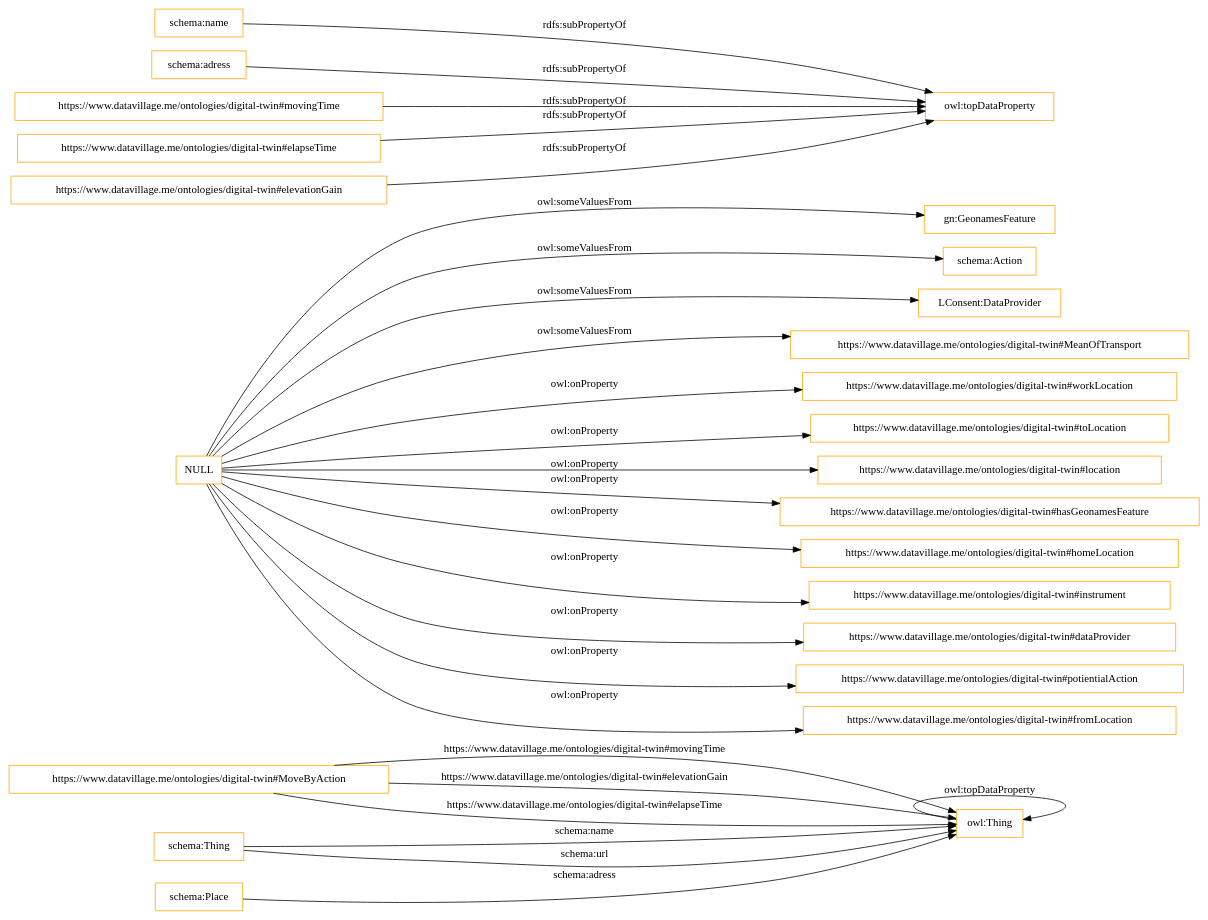
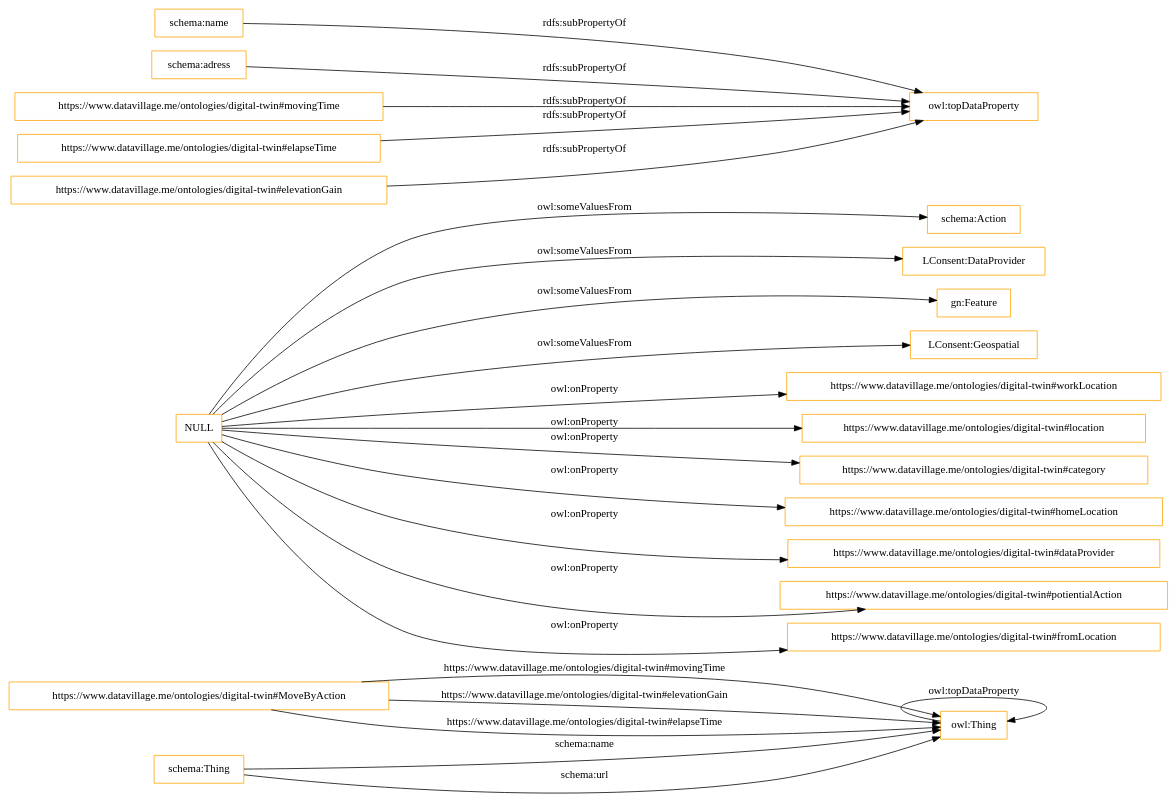
One commit to datavillage-me/ontologies changed the diagram in OnToology/digital-twin/ontology.owl/diagrams/ar2dtool-class/ontology.owl.png.dot. Above: the diagram before and after it, drawn with Graphviz. The commit also changed 27 other files, not shown here.

```diff
--- a/OnToology/digital-twin/ontology.owl/diagrams/ar2dtool-class/ontology.owl.png.dot
+++ b/OnToology/digital-twin/ontology.owl/diagrams/ar2dtool-class/ontology.owl.png.dot
@@ -1,31 +1,28 @@
 digraph ar2dtool_diagram { 
 rankdir=LR;
 size="1501"
-node [shape = rectangle, color="orange"]; "https://www.datavillage.me/ontologies/digital-twin#MoveByAction" "gn:GeonamesFeature" "schema:Action" "LConsent:DataProvider" "schema:Thing" "https://www.datavillage.me/ontologies/digital-twin#MeanOfTransport" "schema:Place" ; /*classes style*/
+node [shape = rectangle, color="orange"]; "https://www.datavillage.me/ontologies/digital-twin#MoveByAction" "schema:Action" "LConsent:DataProvider" "schema:Thing" "gn:Feature" "LConsent:Geospatial" ; /*classes style*/
 	"schema:name" -> "owl:topDataProperty" [ label = "rdfs:subPropertyOf" ];
 	"schema:adress" -> "owl:topDataProperty" [ label = "rdfs:subPropertyOf" ];
 	"https://www.datavillage.me/ontologies/digital-twin#movingTime" -> "owl:topDataProperty" [ label = "rdfs:subPropertyOf" ];
 	"https://www.datavillage.me/ontologies/digital-twin#elapseTime" -> "owl:topDataProperty" [ label = "rdfs:subPropertyOf" ];
 	"https://www.datavillage.me/ontologies/digital-twin#elevationGain" -> "owl:topDataProperty" [ label = "rdfs:subPropertyOf" ];
 	"NULL" -> "https://www.datavillage.me/ontologies/digital-twin#workLocation" [ label = "owl:onProperty" ];
-	"NULL" -> "https://www.datavillage.me/ontologies/digital-twin#toLocation" [ label = "owl:onProperty" ];
 	"NULL" -> "https://www.datavillage.me/ontologies/digital-twin#location" [ label = "owl:onProperty" ];
-	"NULL" -> "https://www.datavillage.me/ontologies/digital-twin#hasGeonamesFeature" [ label = "owl:onProperty" ];
-	"NULL" -> "gn:GeonamesFeature" [ label = "owl:someValuesFrom" ];
+	"NULL" -> "gn:Feature" [ label = "owl:someValuesFrom" ];
+	"NULL" -> "https://www.datavillage.me/ontologies/digital-twin#category" [ label = "owl:onProperty" ];
 	"NULL" -> "https://www.datavillage.me/ontologies/digital-twin#homeLocation" [ label = "owl:onProperty" ];
-	"NULL" -> "https://www.datavillage.me/ontologies/digital-twin#instrument" [ label = "owl:onProperty" ];
 	"NULL" -> "https://www.datavillage.me/ontologies/digital-twin#dataProvider" [ label = "owl:onProperty" ];
+	"NULL" -> "LConsent:Geospatial" [ label = "owl:someValuesFrom" ];
 	"NULL" -> "schema:Action" [ label = "owl:someValuesFrom" ];
 	"NULL" -> "https://www.datavillage.me/ontologies/digital-twin#potientialAction" [ label = "owl:onProperty" ];
 	"NULL" -> "LConsent:DataProvider" [ label = "owl:someValuesFrom" ];
-	"NULL" -> "https://www.datavillage.me/ontologies/digital-twin#MeanOfTransport" [ label = "owl:someValuesFrom" ];
 	"NULL" -> "https://www.datavillage.me/ontologies/digital-twin#fromLocation" [ label = "owl:onProperty" ];
 	"https://www.datavillage.me/ontologies/digital-twin#MoveByAction" -> "owl:Thing" [ label = "https://www.datavillage.me/ontologies/digital-twin#movingTime" ];
 	"schema:Thing" -> "owl:Thing" [ label = "schema:name" ];
 	"https://www.datavillage.me/ontologies/digital-twin#MoveByAction" -> "owl:Thing" [ label = "https://www.datavillage.me/ontologies/digital-twin#elevationGain" ];
 	"https://www.datavillage.me/ontologies/digital-twin#MoveByAction" -> "owl:Thing" [ label = "https://www.datavillage.me/ontologies/digital-twin#elapseTime" ];
 	"owl:Thing" -> "owl:Thing" [ label = "owl:topDataProperty" ];
 	"schema:Thing" -> "owl:Thing" [ label = "schema:url" ];
-	"schema:Place" -> "owl:Thing" [ label = "schema:adress" ];
 
 }
```
